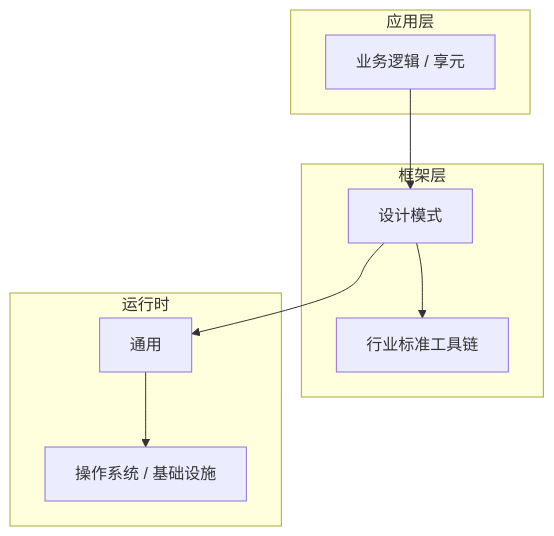
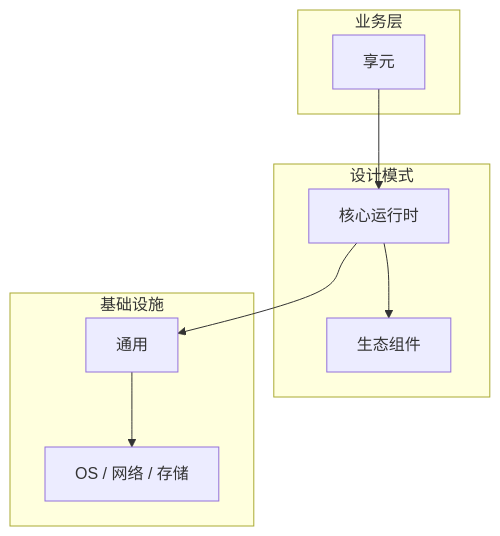
Before and after one commit to yanggan2015/knowledge-json-v2: the diagram in articles/设计模式/chapters/057-享元核心概念与原理.md, drawn with Mermaid. The commit also changed other lines of this file and 10127 other files, not shown here.

````diff
--- a/articles/设计模式/chapters/057-享元核心概念与原理.md
+++ b/articles/设计模式/chapters/057-享元核心概念与原理.md
@@ -45,18 +34,18 @@
 ```mermaid
 graph TB
-    subgraph 应用层
-        A[业务逻辑 / 享元]
+    subgraph 业务层
+        A[享元]
     end
-    subgraph 框架层
-        B[设计模式]
-        C[行业标准工具链]
+    subgraph 设计模式
+        B[核心运行时]
+        C[生态组件]
     end
-    subgraph 运行时
+    subgraph 基础设施
         D[通用]
-        E[操作系统 / 基础设施]
+        E[OS / 网络 / 存储]
     end
     A --> B
     B --> C
     B --> D
     D --> E
 ```
````
